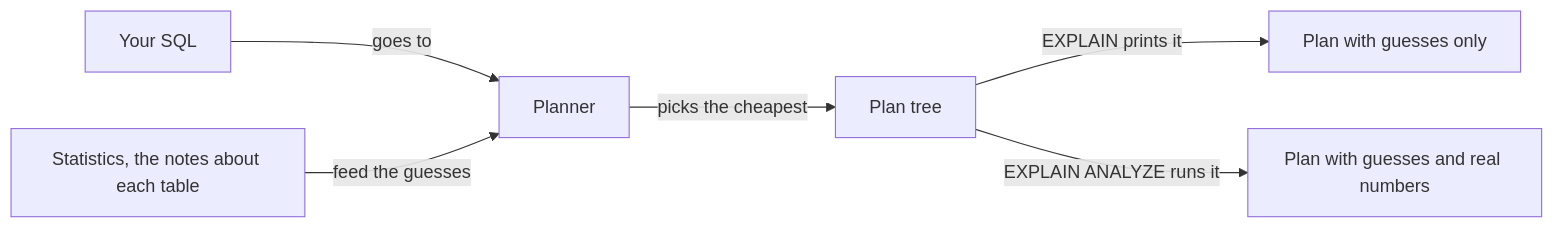
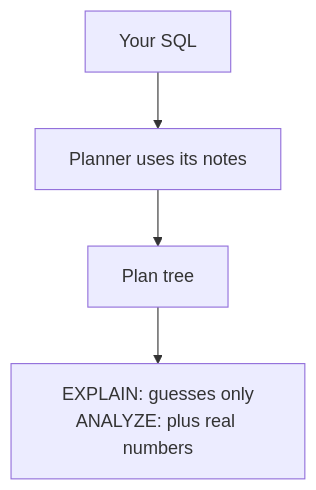
The first of 5 diagrams in learn/database/11-reading-explain.md (starjustice/research-material), drawn with Mermaid before and after one commit. The commit also changed other lines of this file, not shown here.

Commit message:
Reshape Database lesson 11 (Reading EXPLAIN) into short cards with guess bars and blue More detail bars

````diff
--- a/learn/database/11-reading-explain.md
+++ b/learn/database/11-reading-explain.md
@@ -30,8 +15,6 @@
 ```mermaid
-graph LR
-    Q["Your SQL"] -->|goes to| P["Planner"]
-    S["Statistics, the notes about each table"] -->|feed the guesses| P
-    P -->|picks the cheapest| T["Plan tree"]
-    T -->|EXPLAIN prints it| E["Plan with guesses only"]
-    T -->|EXPLAIN ANALYZE runs it| A["Plan with guesses and real numbers"]
+graph TB
+    Q["Your SQL"] --> P["Planner uses its notes"]
+    P --> T["Plan tree"]
+    T --> R["EXPLAIN: guesses only<br/>ANALYZE: plus real numbers"]
 ```
````
